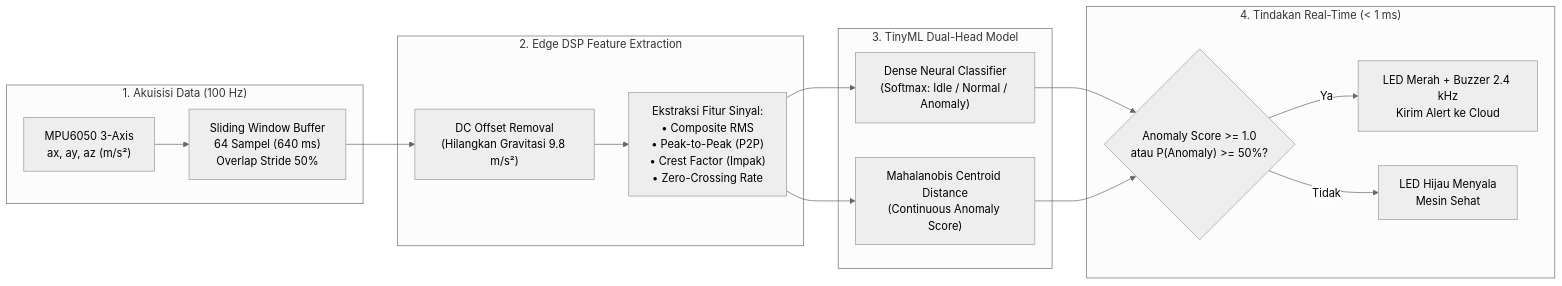
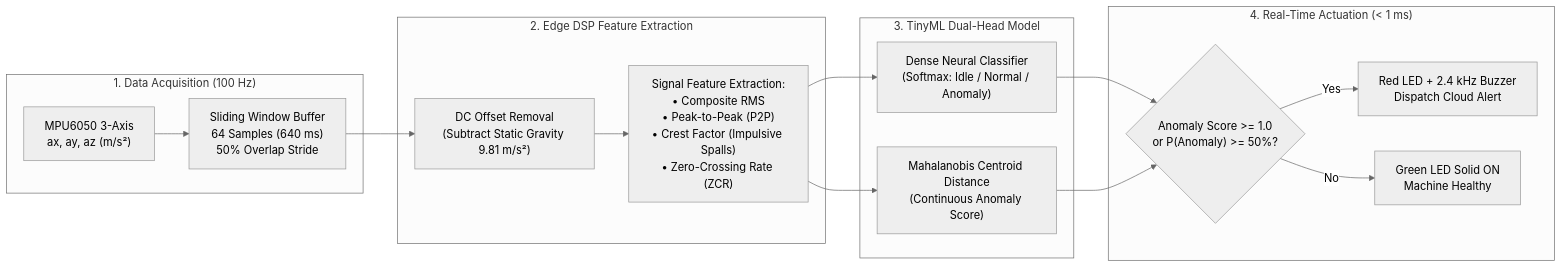
Before and after one commit to kenzojulian111/microcontroller-iot-journey: the diagram in 09-edge-ai-anomaly-detection/schematics/wiring-guide.md, drawn with Mermaid (neutral theme). The commit also changed other lines of this file and 150 other files, not shown here.

````diff
--- a/09-edge-ai-anomaly-detection/schematics/wiring-guide.md
+++ b/09-edge-ai-anomaly-detection/schematics/wiring-guide.md
@@ -28,22 +28,22 @@
 ```mermaid
 flowchart LR
-    subgraph Sensor["1. Akuisisi Data (100 Hz)"]
-        MPU["MPU6050 3-Axis\nax, ay, az (m/s²)"] --> WIN["Sliding Window Buffer\n64 Sampel (640 ms)\nOverlap Stride 50%"]
+    subgraph Sensor["1. Data Acquisition (100 Hz)"]
+        MPU["MPU6050 3-Axis\nax, ay, az (m/s²)"] --> WIN["Sliding Window Buffer\n64 Samples (640 ms)\n50% Overlap Stride"]
     end
 
     subgraph DSP["2. Edge DSP Feature Extraction"]
-        WIN --> DC["DC Offset Removal\n(Hilangkan Gravitasi 9.8 m/s²)"]
-        DC --> FEAT["Ekstraksi Fitur Sinyal:\n• Composite RMS\n• Peak-to-Peak (P2P)\n• Crest Factor (Impak)\n• Zero-Crossing Rate"]
+        WIN --> DC["DC Offset Removal\n(Subtract Static Gravity 9.81 m/s²)"]
+        DC --> FEAT["Signal Feature Extraction:\n• Composite RMS\n• Peak-to-Peak (P2P)\n• Crest Factor (Impulsive Spalls)\n• Zero-Crossing Rate (ZCR)"]
     end
 
     subgraph Model["3. TinyML Dual-Head Model"]
         FEAT --> NN["Dense Neural Classifier\n(Softmax: Idle / Normal / Anomaly)"]
         FEAT --> AD["Mahalanobis Centroid Distance\n(Continuous Anomaly Score)"]
     end
 
-    subgraph Action["4. Tindakan Real-Time (< 1 ms)"]
-        NN & AD --> DEC{"Anomaly Score >= 1.0\natau P(Anomaly) >= 50%?"}
-        DEC -->|Ya| ALARM["LED Merah + Buzzer 2.4 kHz\nKirim Alert ke Cloud"]
-        DEC -->|Tidak| OK["LED Hijau Menyala\nMesin Sehat"]
+    subgraph Action["4. Real-Time Actuation (< 1 ms)"]
+        NN & AD --> DEC{"Anomaly Score >= 1.0\nor P(Anomaly) >= 50%?"}
+        DEC -->|Yes| ALARM["Red LED + 2.4 kHz Buzzer\nDispatch Cloud Alert"]
+        DEC -->|No| OK["Green LED Solid ON\nMachine Healthy"]
     end
 ```
````
